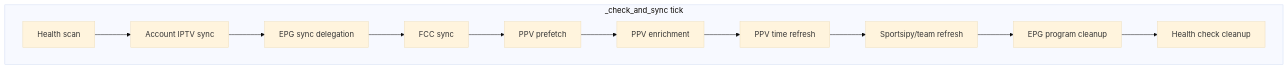
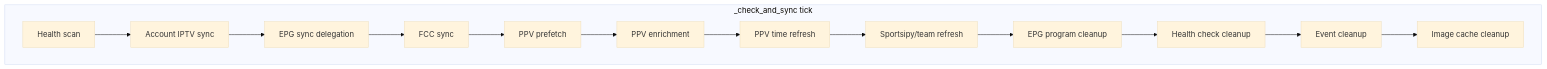
Before and after one commit to klopstack/iptv-proxy-v2: the first of 2 diagrams in docs/architecture/scheduler-and-sync-orchestration.md, drawn with Mermaid (base theme). The commit also changed 12 other files, not shown here.

First line of the commit message:
Add scheduled retention for old events and expired image cache.

````diff
--- a/docs/architecture/scheduler-and-sync-orchestration.md
+++ b/docs/architecture/scheduler-and-sync-orchestration.md
@@ -10,17 +10,19 @@
 ```mermaid
 flowchart TD
     subgraph tick [_check_and_sync tick]
         H[Health scan]
         A[Account IPTV sync]
         E[EPG sync delegation]
         F[FCC sync]
         P1[PPV prefetch]
         P2[PPV enrichment]
         P3[PPV time refresh]
         S[Sportsipy/team refresh]
         C1[EPG program cleanup]
         C2[Health check cleanup]
+        C3[Event cleanup]
+        C4[Image cache cleanup]
     end
 
-    H --> A --> E --> F --> P1 --> P2 --> P3 --> S --> C1 --> C2
+    H --> A --> E --> F --> P1 --> P2 --> P3 --> S --> C1 --> C2 --> C3 --> C4
 ```
````
